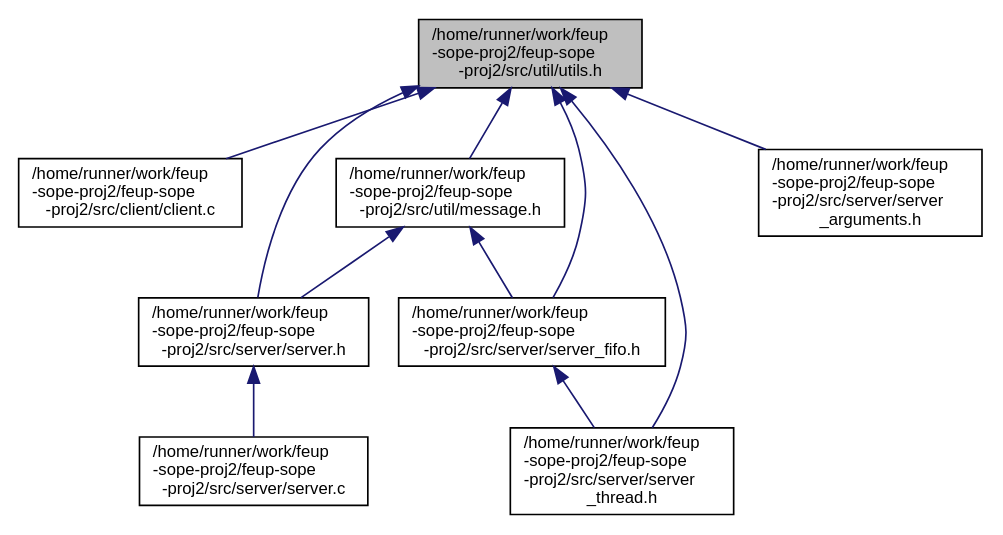
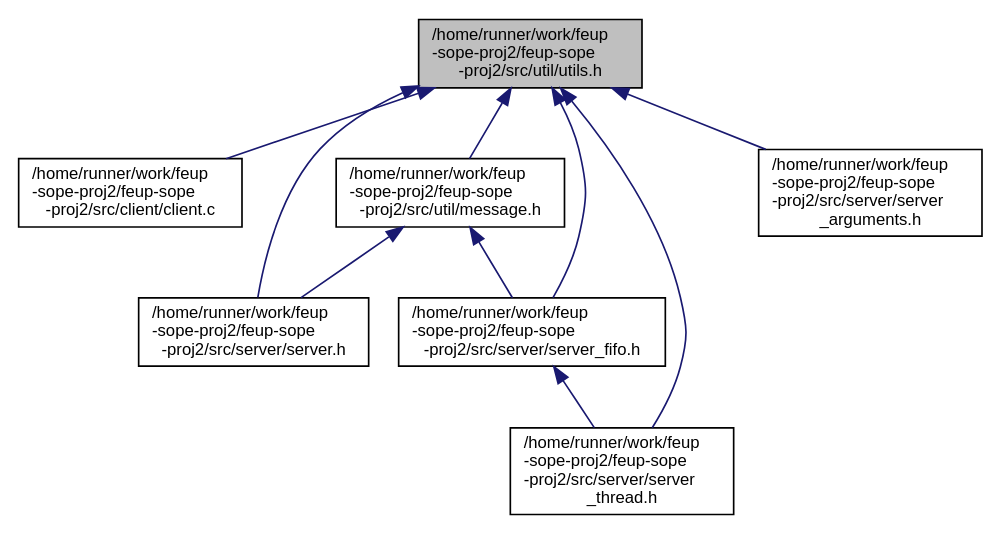
One commit to ctrlMarcio/feup-sope-proj2 changed the diagram in utils_8h__dep__incl.dot. Above: the diagram before and after it, drawn with Graphviz. The commit also changed 43 other files, not shown here.

```diff
--- a/utils_8h__dep__incl.dot
+++ b/utils_8h__dep__incl.dot
@@ -1,23 +1,21 @@
 digraph "/home/runner/work/feup-sope-proj2/feup-sope-proj2/src/util/utils.h"
 {
   edge [fontname="Helvetica",fontsize="10",labelfontname="Helvetica",labelfontsize="10"];
   node [fontname="Helvetica",fontsize="10",shape=record];
   Node3 [label="/home/runner/work/feup\l-sope-proj2/feup-sope\l-proj2/src/util/utils.h",height=0.2,width=0.4,color="black", fillcolor="grey75", style="filled", fontcolor="black"];
   Node3 -> Node4 [dir="back",color="midnightblue",fontsize="10",style="solid",fontname="Helvetica"];
   Node4 [label="/home/runner/work/feup\l-sope-proj2/feup-sope\l-proj2/src/client/client.c",height=0.2,width=0.4,color="black", fillcolor="white", style="filled",URL="$client_8c.html",tooltip="Runs the main client operations. "];
   Node3 -> Node5 [dir="back",color="midnightblue",fontsize="10",style="solid",fontname="Helvetica"];
   Node5 [label="/home/runner/work/feup\l-sope-proj2/feup-sope\l-proj2/src/util/message.h",height=0.2,width=0.4,color="black", fillcolor="white", style="filled",URL="$message_8h.html",tooltip="Standard output and error message handling. "];
   Node5 -> Node6 [dir="back",color="midnightblue",fontsize="10",style="solid",fontname="Helvetica"];
   Node6 [label="/home/runner/work/feup\l-sope-proj2/feup-sope\l-proj2/src/server/server.h",height=0.2,width=0.4,color="black", fillcolor="white", style="filled",URL="$server_8h.html",tooltip="Methods related to the server side. "];
-  Node6 -> Node7 [dir="back",color="midnightblue",fontsize="10",style="solid",fontname="Helvetica"];
-  Node7 [label="/home/runner/work/feup\l-sope-proj2/feup-sope\l-proj2/src/server/server.c",height=0.2,width=0.4,color="black", fillcolor="white", style="filled",URL="$server_8c.html",tooltip="Executes the operations related to server sided problems. "];
-  Node5 -> Node8 [dir="back",color="midnightblue",fontsize="10",style="solid",fontname="Helvetica"];
-  Node8 [label="/home/runner/work/feup\l-sope-proj2/feup-sope\l-proj2/src/server/server_fifo.h",height=0.2,width=0.4,color="black", fillcolor="white", style="filled",URL="$server__fifo_8h.html",tooltip="Methods related to FIFO handling. "];
-  Node8 -> Node9 [dir="back",color="midnightblue",fontsize="10",style="solid",fontname="Helvetica"];
-  Node9 [label="/home/runner/work/feup\l-sope-proj2/feup-sope\l-proj2/src/server/server\l_thread.h",height=0.2,width=0.4,color="black", fillcolor="white", style="filled",URL="$server__thread_8h.html",tooltip="Methods related to thread handling. "];
+  Node5 -> Node7 [dir="back",color="midnightblue",fontsize="10",style="solid",fontname="Helvetica"];
+  Node7 [label="/home/runner/work/feup\l-sope-proj2/feup-sope\l-proj2/src/server/server_fifo.h",height=0.2,width=0.4,color="black", fillcolor="white", style="filled",URL="$server__fifo_8h.html",tooltip="Methods related to FIFO handling. "];
+  Node7 -> Node8 [dir="back",color="midnightblue",fontsize="10",style="solid",fontname="Helvetica"];
+  Node8 [label="/home/runner/work/feup\l-sope-proj2/feup-sope\l-proj2/src/server/server\l_thread.h",height=0.2,width=0.4,color="black", fillcolor="white", style="filled",URL="$server__thread_8h.html",tooltip="Methods related to thread handling. "];
   Node3 -> Node6 [dir="back",color="midnightblue",fontsize="10",style="solid",fontname="Helvetica"];
+  Node3 -> Node7 [dir="back",color="midnightblue",fontsize="10",style="solid",fontname="Helvetica"];
   Node3 -> Node8 [dir="back",color="midnightblue",fontsize="10",style="solid",fontname="Helvetica"];
   Node3 -> Node9 [dir="back",color="midnightblue",fontsize="10",style="solid",fontname="Helvetica"];
-  Node3 -> Node10 [dir="back",color="midnightblue",fontsize="10",style="solid",fontname="Helvetica"];
-  Node10 [label="/home/runner/work/feup\l-sope-proj2/feup-sope\l-proj2/src/server/server\l_arguments.h",height=0.2,width=0.4,color="black", fillcolor="white", style="filled",URL="$server__arguments_8h.html",tooltip="Methods related to argument handling. "];
+  Node9 [label="/home/runner/work/feup\l-sope-proj2/feup-sope\l-proj2/src/server/server\l_arguments.h",height=0.2,width=0.4,color="black", fillcolor="white", style="filled",URL="$server__arguments_8h.html",tooltip="Methods related to argument handling. "];
 }
```
